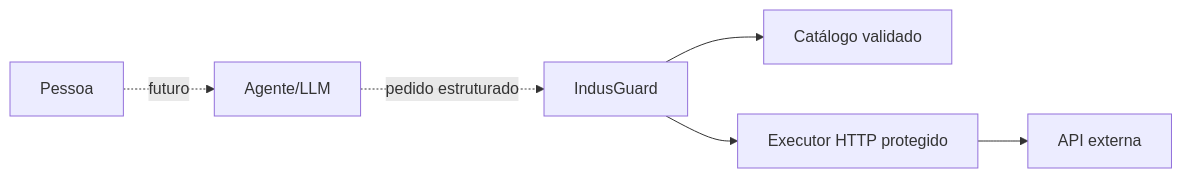
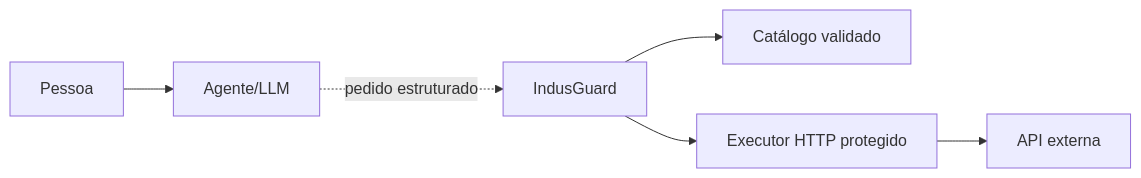
The first of 5 diagrams in docs/executor-study-guide.md (ChristianGandra21/indusguard), drawn with Mermaid before and after one commit. The commit also changed other lines of this file and 58 other files, not shown here.

````diff
--- a/docs/executor-study-guide.md
+++ b/docs/executor-study-guide.md
@@ -53,8 +53,8 @@
 ```mermaid
 flowchart LR
-    P[Pessoa] -. futuro .-> A[Agente/LLM]
+    P[Pessoa] --> A[Agente/LLM]
     A -. pedido estruturado .-> I[IndusGuard]
     I --> C[Catálogo validado]
     I --> E[Executor HTTP protegido]
     E --> T[API externa]
 ```
````
